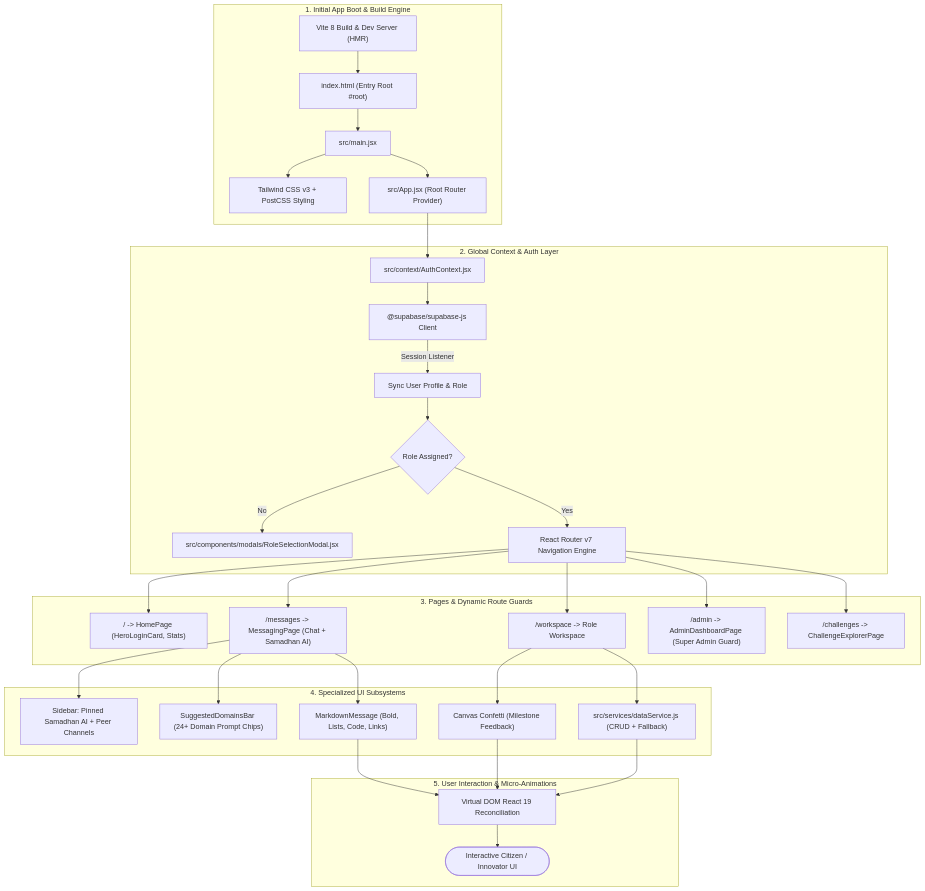
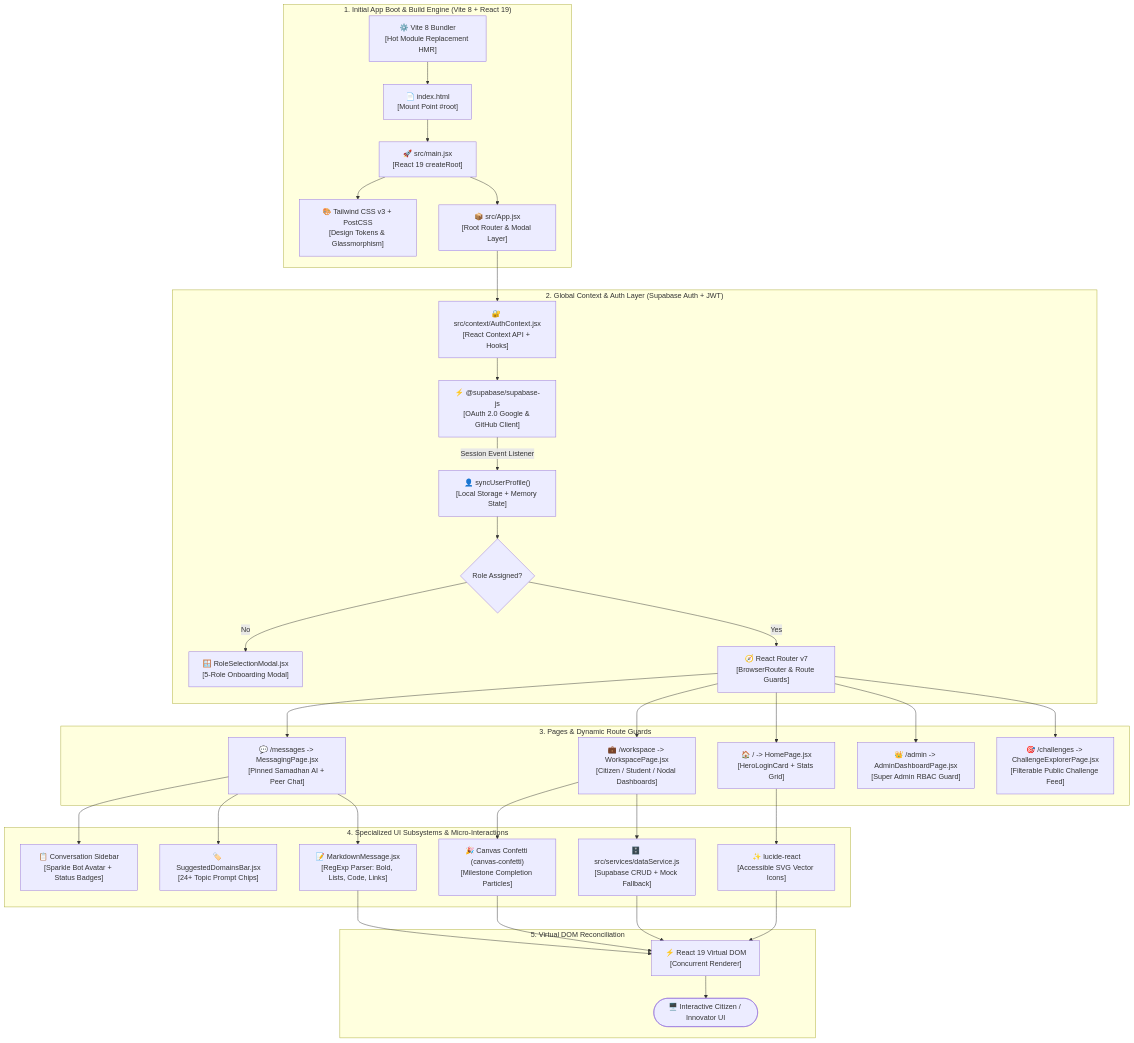
The first of 2 diagrams in README.md (InfiniteLeveling/smadhanconnect), drawn with Mermaid before and after one commit. The commit also changed other lines of this file and 3 other files, not shown here.

Commit message:
docs: add explicit tech stack annotations to all flowcharts in README, WORKFLOW_AND_FLOWCHARTS, and PDF

````diff
--- a/README.md
+++ b/README.md
@@ -51,41 +51,43 @@
 ```mermaid
 flowchart TD
-    subgraph Boot["1. Initial App Boot & Build Engine"]
-        Vite["Vite 8 Build & Dev Server (HMR)"] --> HTML["index.html (Entry Root #root)"]
-        HTML --> MainJSX["src/main.jsx"]
-        MainJSX --> Tailwind["Tailwind CSS v3 + PostCSS Styling"]
-        MainJSX --> AppJSX["src/App.jsx (Root Router Provider)"]
+    subgraph Boot["1. Initial App Boot & Build Engine (Vite 8 + React 19)"]
+        Vite["⚙️ Vite 8 Bundler<br/>[Hot Module Replacement HMR]"] --> HTML["📄 index.html<br/>[Mount Point #root]"]
+        HTML --> MainJSX["🚀 src/main.jsx<br/>[React 19 createRoot]"]
+        MainJSX --> Tailwind["🎨 Tailwind CSS v3 + PostCSS<br/>[Design Tokens & Glassmorphism]"]
+        MainJSX --> AppJSX["📦 src/App.jsx<br/>[Root Router & Modal Layer]"]
     end
 
-    subgraph StateAndAuth["2. Global Context & Auth Layer"]
-        AppJSX --> AuthProvider["src/context/AuthContext.jsx"]
-        AuthProvider --> SupaAuthClient["@supabase/supabase-js Client"]
-        SupaAuthClient -->|Session Listener| UserProfile["Sync User Profile & Role"]
+    subgraph StateAndAuth["2. Global Context & Auth Layer (Supabase Auth + JWT)"]
+        AppJSX --> AuthProvider["🔐 src/context/AuthContext.jsx<br/>[React Context API + Hooks]"]
+        AuthProvider --> SupaAuthClient["⚡ @supabase/supabase-js<br/>[OAuth 2.0 Google & GitHub Client]"]
+        SupaAuthClient -->|Session Event Listener| UserProfile["👤 syncUserProfile()<br/>[Local Storage + Memory State]"]
         UserProfile --> RoleCheck{Role Assigned?}
-        RoleCheck -- No --> RoleModal["src/components/modals/RoleSelectionModal.jsx"]
-        RoleCheck -- Yes --> RouterLayer["React Router v7 Navigation Engine"]
+        RoleCheck -- No --> RoleModal["🪟 RoleSelectionModal.jsx<br/>[5-Role Onboarding Modal]"]
+        RoleCheck -- Yes --> RouterLayer["🧭 React Router v7<br/>[BrowserRouter & Route Guards]"]
     end
 
     subgraph RoutingAndPages["3. Pages & Dynamic Route Guards"]
-        RouterLayer --> Page_Home["/ -> HomePage (HeroLoginCard, Stats)"]
-        RouterLayer --> Page_Workspace["/workspace -> Role Workspace"]
-        RouterLayer --> Page_Messages["/messages -> MessagingPage (Chat + Samadhan AI)"]
-        RouterLayer --> Page_Admin["/admin -> AdminDashboardPage (Super Admin Guard)"]
-        RouterLayer --> Page_Challenges["/challenges -> ChallengeExplorerPage"]
+        RouterLayer --> Page_Home["🏠 / -> HomePage.jsx<br/>[HeroLoginCard + Stats Grid]"]
+        RouterLayer --> Page_Workspace["💼 /workspace -> WorkspacePage.jsx<br/>[Citizen / Student / Nodal Dashboards]"]
+        RouterLayer --> Page_Messages["💬 /messages -> MessagingPage.jsx<br/>[Pinned Samadhan AI + Peer Chat]"]
+        RouterLayer --> Page_Admin["👑 /admin -> AdminDashboardPage.jsx<br/>[Super Admin RBAC Guard]"]
+        RouterLayer --> Page_Challenges["🎯 /challenges -> ChallengeExplorerPage.jsx<br/>[Filterable Public Challenge Feed]"]
     end
 
-    subgraph UIComponents["4. Specialized UI Subsystems"]
-        Page_Messages --> ConvSidebar["Sidebar: Pinned Samadhan AI + Peer Channels"]
-        Page_Messages --> SuggestedBar["SuggestedDomainsBar (24+ Domain Prompt Chips)"]
-        Page_Messages --> MD_Renderer["MarkdownMessage (Bold, Lists, Code, Links)"]
-        Page_Workspace --> Confetti["Canvas Confetti (Milestone Feedback)"]
-        Page_Workspace --> DataService["src/services/dataService.js (CRUD + Fallback)"]
+    subgraph UIComponents["4. Specialized UI Subsystems & Micro-Interactions"]
+        Page_Messages --> ConvSidebar["📋 Conversation Sidebar<br/>[Sparkle Bot Avatar + Status Badges]"]
+        Page_Messages --> SuggestedBar["🏷️ SuggestedDomainsBar.jsx<br/>[24+ Topic Prompt Chips]"]
+        Page_Messages --> MD_Renderer["📝 MarkdownMessage.jsx<br/>[RegExp Parser: Bold, Lists, Code, Links]"]
+        Page_Workspace --> Confetti["🎉 Canvas Confetti (canvas-confetti)<br/>[Milestone Completion Particles]"]
+        Page_Workspace --> DataService["🗄️ src/services/dataService.js<br/>[Supabase CRUD + Mock Fallback]"]
+        Page_Home --> Lucide["✨ lucide-react<br/>[Accessible SVG Vector Icons]"]
     end
 
-    subgraph UserFeedback["5. User Interaction & Micro-Animations"]
-        MD_Renderer --> DOMUpdate["Virtual DOM React 19 Reconciliation"]
+    subgraph UserFeedback["5. Virtual DOM Reconciliation"]
+        MD_Renderer --> DOMUpdate["⚡ React 19 Virtual DOM<br/>[Concurrent Renderer]"]
         Confetti --> DOMUpdate
         DataService --> DOMUpdate
-        DOMUpdate --> UserScreen([Interactive Citizen / Innovator UI])
+        Lucide --> DOMUpdate
+        DOMUpdate --> UserScreen([🖥️ Interactive Citizen / Innovator UI])
     end
 ```
````
